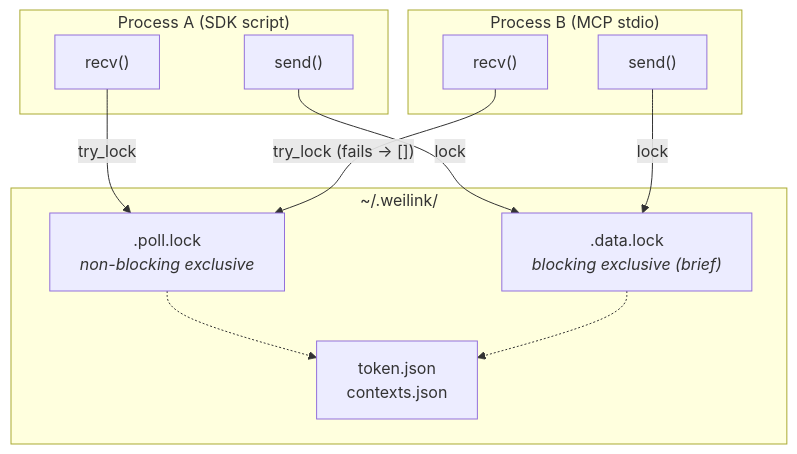
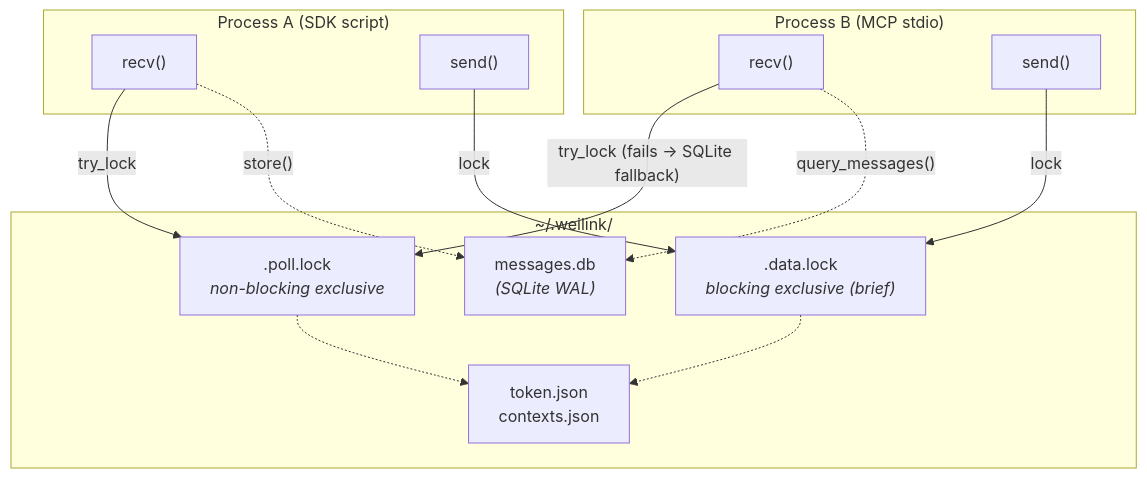
One commit to Oaklight/weilink changed the fifth of 13 diagrams in docs/architecture.md. Above: the diagram before and after it, drawn with Mermaid. The commit also changed other lines of this file, not shown here.

Commit message:
Add SQLite persistence, Route C, and multi-client coordination docs

````diff
--- a/docs/architecture.md
+++ b/docs/architecture.md
@@ -130,25 +134,28 @@
 ```mermaid
 flowchart TD
     subgraph "Process A (SDK script)"
         A_recv["recv()"]
         A_send["send()"]
     end
 
     subgraph "Process B (MCP stdio)"
         B_recv["recv()"]
         B_send["send()"]
     end
 
     subgraph "~/.weilink/"
         poll_lock[".poll.lock<br/><i>non-blocking exclusive</i>"]
         data_lock[".data.lock<br/><i>blocking exclusive (brief)</i>"]
         files["token.json<br/>contexts.json"]
+        db["messages.db<br/><i>(SQLite WAL)</i>"]
     end
 
     A_recv -->|"try_lock"| poll_lock
-    B_recv -->|"try_lock (fails → [])"| poll_lock
+    B_recv -->|"try_lock (fails → SQLite fallback)"| poll_lock
     A_send -->|"lock"| data_lock
     B_send -->|"lock"| data_lock
     poll_lock -.-> files
     data_lock -.-> files
+    A_recv -.->|"store()"| db
+    B_recv -.->|"query_messages()"| db
 ```
````
